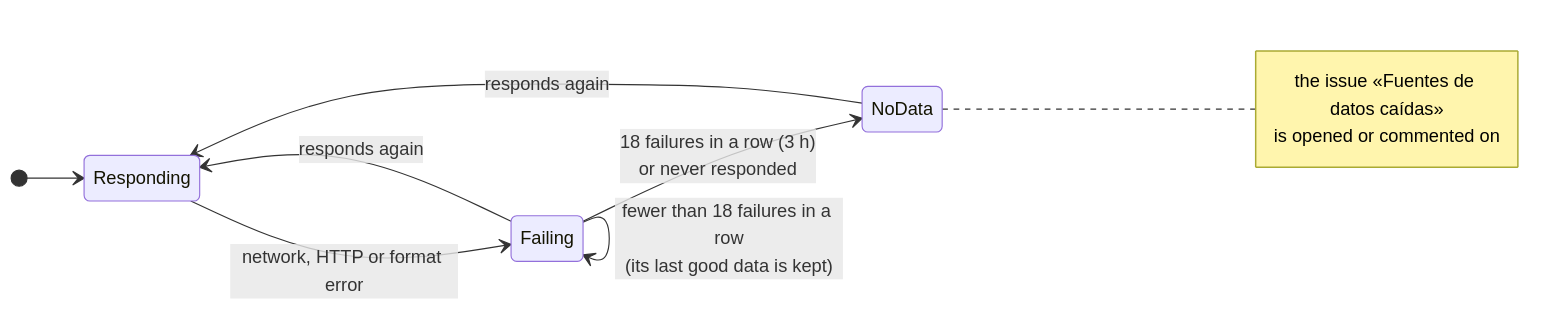
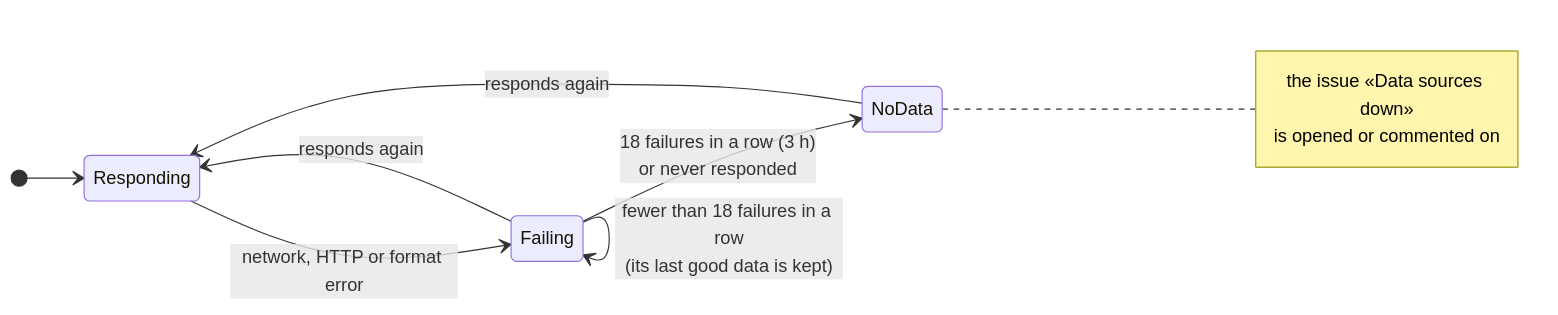
The first of 5 diagrams in README.md (serbenda/uptime), drawn with Mermaid before and after one commit. The commit also changed other lines of this file and 11 other files, not shown here.

````diff
--- a/README.md
+++ b/README.md
@@ -472,11 +474,11 @@
 ```mermaid
 stateDiagram-v2
   direction LR
   [*] --> Responding
   Responding --> Failing: network, HTTP or format error
   Failing --> Responding: responds again
   Failing --> Failing: fewer than 18 failures in a row<br/>(its last good data is kept)
   Failing --> NoData: 18 failures in a row (3 h)<br/>or never responded
   NoData --> Responding: responds again
-  note right of NoData: the issue «Fuentes de datos caídas»<br/>is opened or commented on
+  note right of NoData: the issue «Data sources down»<br/>is opened or commented on
 ```
````
